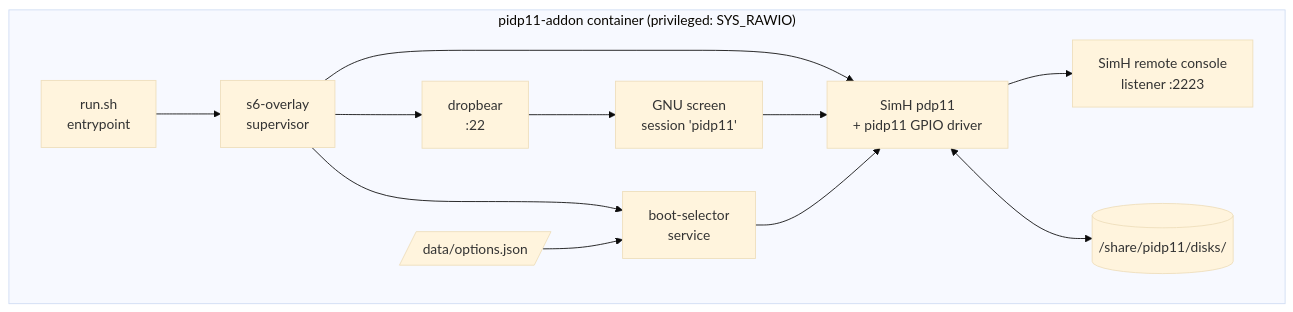
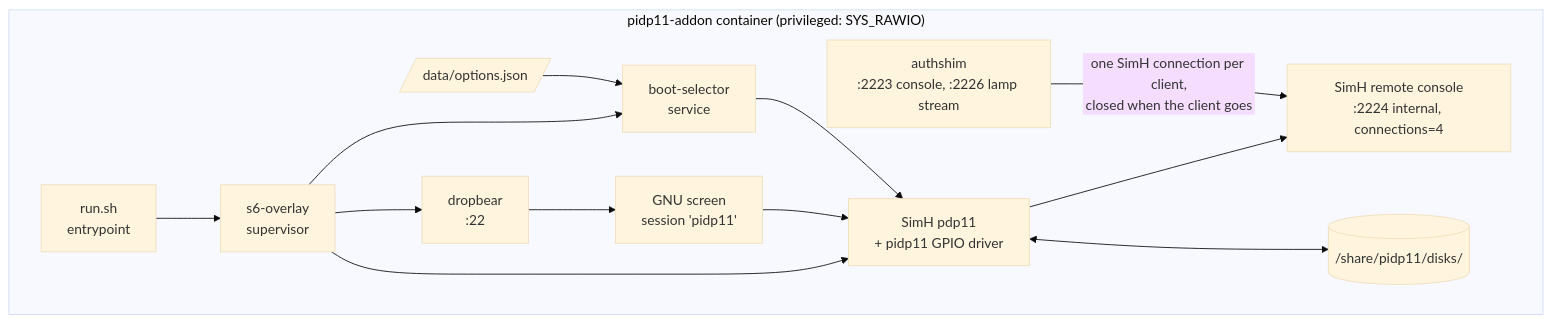
The second of 8 diagrams in docs/diagrams.md (dmz006/pidp11-hacs), drawn with Mermaid (base theme) before and after one commit. The commit also changed other lines of this file and 31 other files, not shown here.

First line of the commit message:
fix: card is a real custom element, entity ids, connection exhaustion in the integration and the auth shim

````diff
--- a/docs/diagrams.md
+++ b/docs/diagrams.md
@@ -34,25 +34,27 @@
 ```mermaid
 graph TB
     subgraph Container["pidp11-addon container (privileged: SYS_RAWIO)"]
         run[run.sh<br/>entrypoint]
         s6[s6-overlay<br/>supervisor]
         db[dropbear<br/>:22]
         scr[GNU screen<br/>session 'pidp11']
         simh[SimH pdp11<br/>+ pidp11 GPIO driver]
-        rc[SimH remote console<br/>listener :2223]
+        rc[SimH remote console<br/>:2224 internal, connections=4]
+        shim[authshim<br/>:2223 console, :2226 lamp stream]
         sel[boot-selector<br/>service]
         opts[/data/options.json/]
         disks[(/share/pidp11/disks/)]
     end
 
     run --> s6
     s6 --> db
     s6 --> simh
     s6 --> sel
     db --> scr
     scr --> simh
     simh --> rc
+    shim -- "one SimH connection per client,<br/>closed when the client goes" --> rc
     sel --> simh
     opts --> sel
     simh <--> disks
 ```
````
